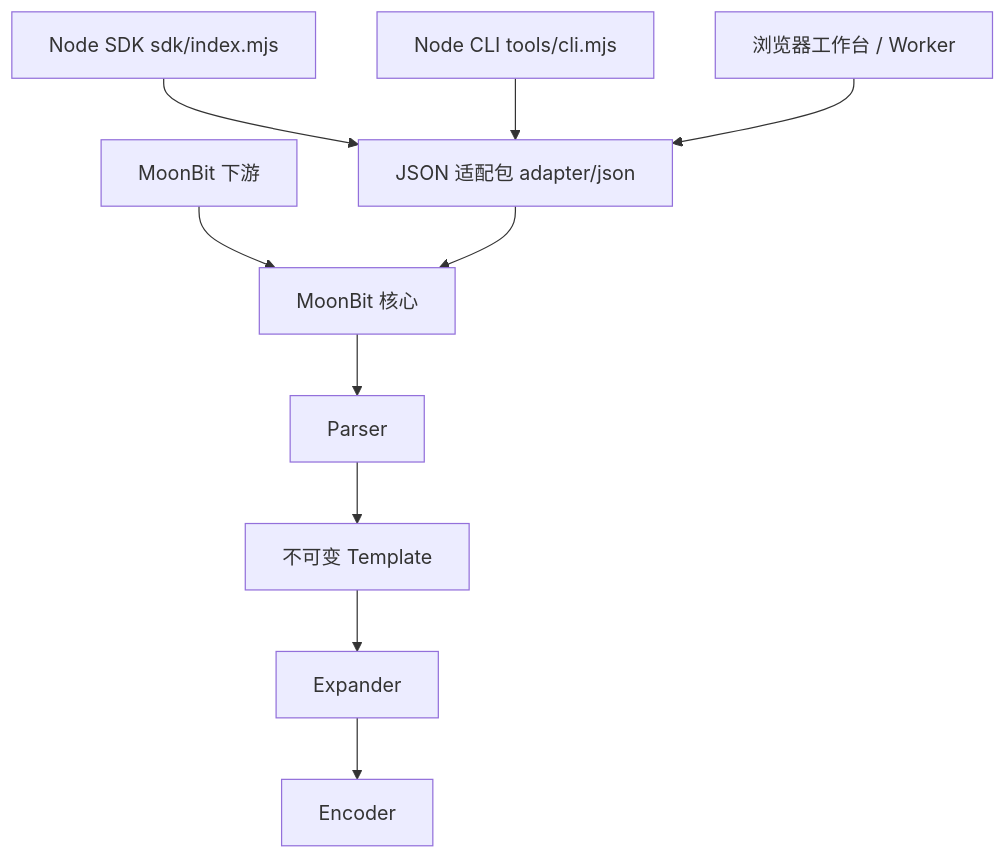
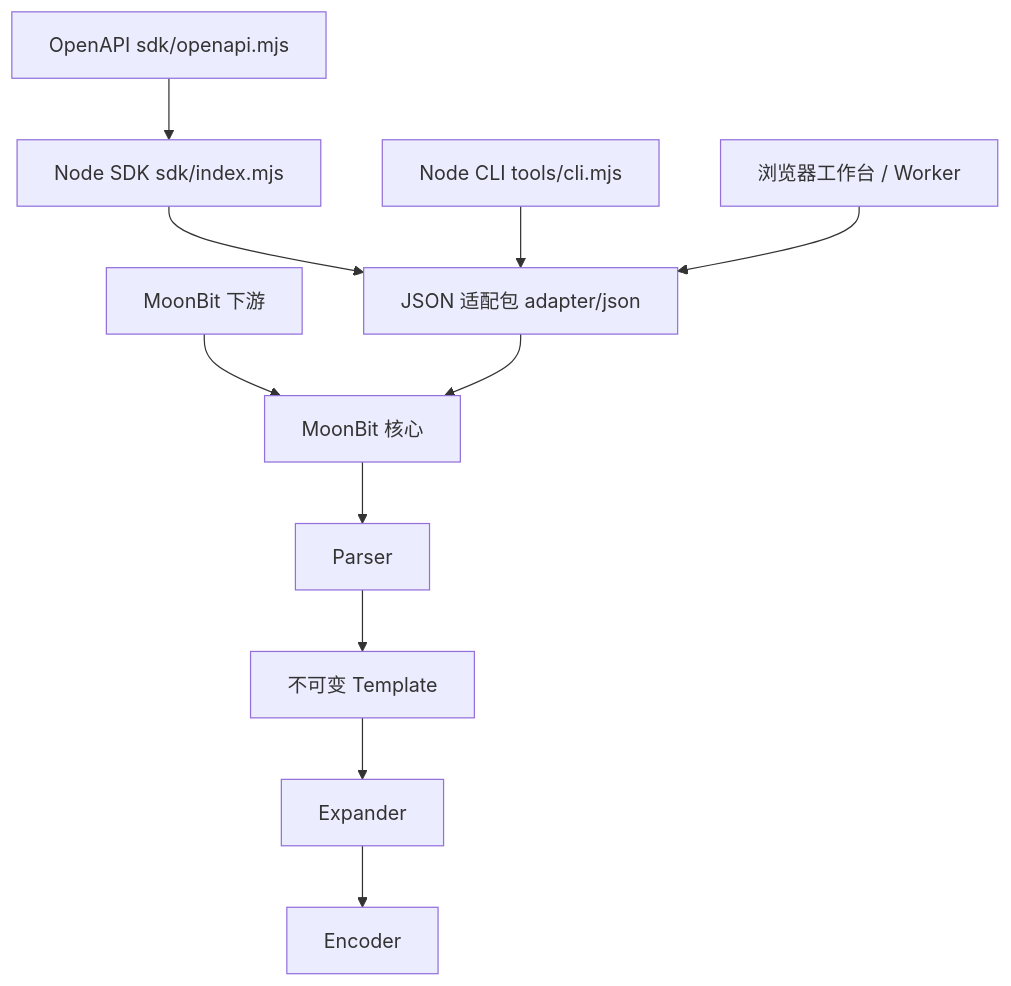
Before and after one commit to cjyhjy/moonbit-uri-template: the diagram in docs/ARCHITECTURE.md, drawn with Mermaid. The commit also changed other lines of this file and 3 other files, not shown here.

````diff
--- a/docs/ARCHITECTURE.md
+++ b/docs/ARCHITECTURE.md
@@ -5,10 +5,11 @@
 ```mermaid
 flowchart TD
   MB[MoonBit 下游] --> Core
+  OAS[OpenAPI sdk/openapi.mjs] --> SDK
   SDK[Node SDK sdk/index.mjs] --> Adapter
   CLI[Node CLI tools/cli.mjs] --> Adapter
   Web[浏览器工作台 / Worker] --> Adapter
   Adapter[JSON 适配包 adapter/json] --> Core
   Core[MoonBit 核心] --> Parser --> Template[不可变 Template]
   Template --> Expander --> Encoder
 ```
````
